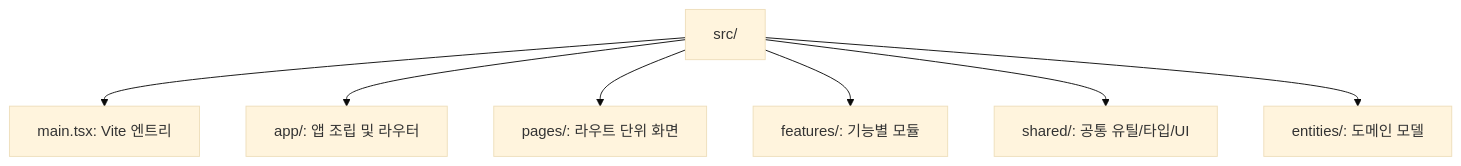
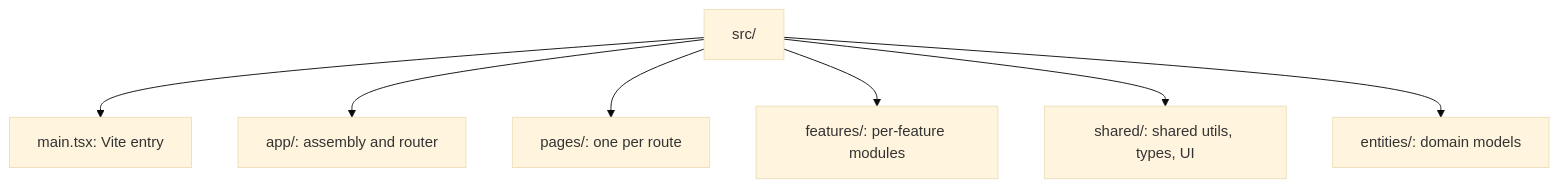
The second of 3 diagrams in AGENTS.md (kpubdata-lab/kpubdata-studio), drawn with Mermaid (base theme) before and after one commit. The commit also changed other lines of this file, not shown here.

````diff
--- a/AGENTS.md
+++ b/AGENTS.md
@@ -145,9 +164,9 @@
 ```mermaid
 graph TD
-    src[src/] --> main[main.tsx: Vite 엔트리]
-    src --> app[app/: 앱 조립 및 라우터]
-    src --> pages[pages/: 라우트 단위 화면]
-    src --> features[features/: 기능별 모듈]
-    src --> shared[shared/: 공통 유틸/타입/UI]
-    src --> entities[entities/: 도메인 모델]
+    src[src/] --> main[main.tsx: Vite entry]
+    src --> app[app/: assembly and router]
+    src --> pages[pages/: one per route]
+    src --> features[features/: per-feature modules]
+    src --> shared[shared/: shared utils, types, UI]
+    src --> entities[entities/: domain models]
 ```
````
